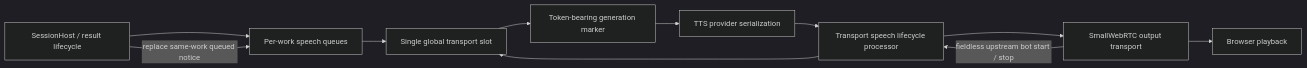
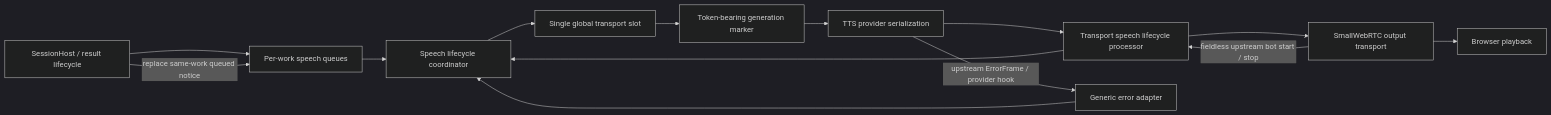
Before and after one commit to vr000m/pipecat-subagents-lab: the first of 3 diagrams in docs/dev_plans/20260728-bug-transport-aware-speech-supersession.md, drawn with Mermaid (dark theme). The commit also changed other lines of this file, not shown here.

Commit message:
docs: harden transport speech lifecycle plan

````diff
--- a/docs/dev_plans/20260728-bug-transport-aware-speech-supersession.md
+++ b/docs/dev_plans/20260728-bug-transport-aware-speech-supersession.md
@@ -310,13 +412,16 @@
 ```mermaid
 graph LR
     Host["SessionHost / result lifecycle"] --> WorkQueues["Per-work speech queues"]
-    WorkQueues --> Slot["Single global transport slot"]
+    WorkQueues --> Coordinator["Speech lifecycle coordinator"]
+    Coordinator --> Slot["Single global transport slot"]
     Slot --> Marker["Token-bearing generation marker"]
     Marker --> TTS["TTS provider serialization"]
     TTS --> Bridge["Transport speech lifecycle processor"]
+    TTS -->|"upstream ErrorFrame / provider hook"| ErrorAdapter["Generic error adapter"]
+    ErrorAdapter --> Coordinator
     Bridge --> Output["SmallWebRTC output transport"]
     Output --> Browser["Browser playback"]
     Output -->|"fieldless upstream bot start / stop"| Bridge
-    Bridge --> Slot
+    Bridge --> Coordinator
     Host -->|"replace same-work queued notice"| WorkQueues
 ```
````
